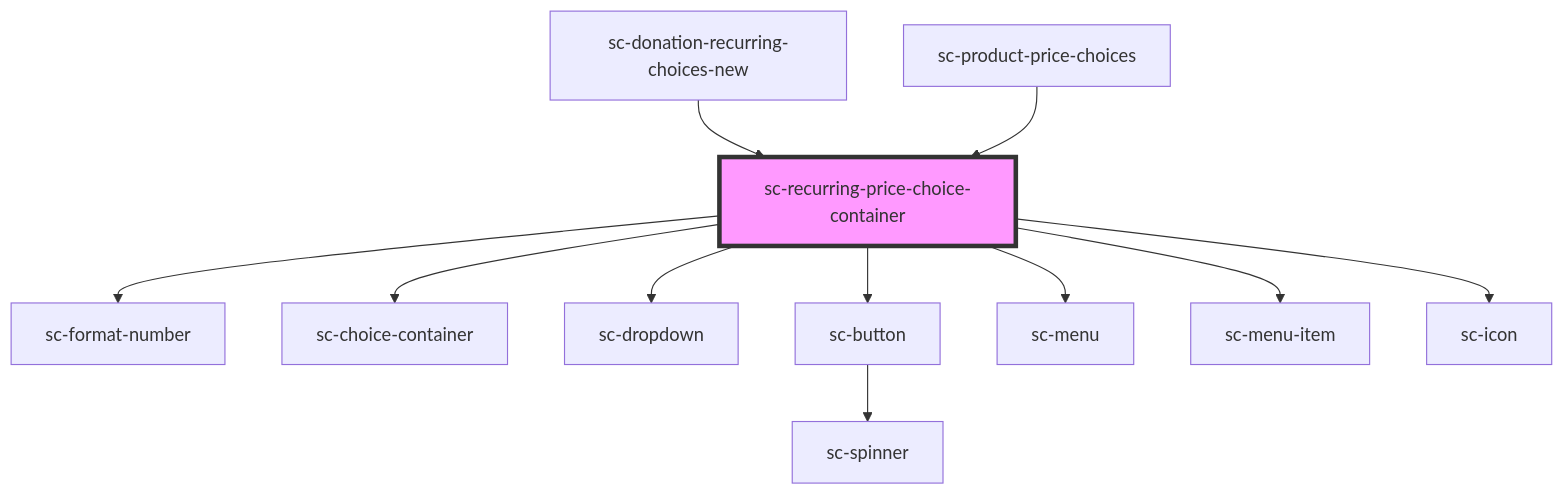
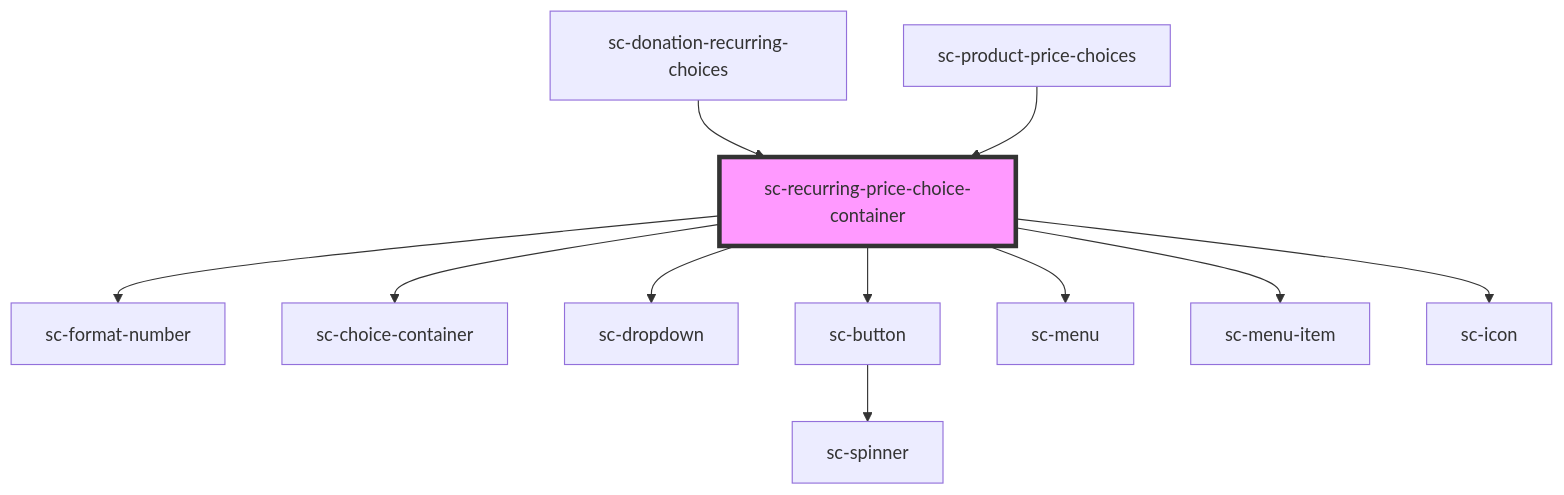
Before and after one commit to surecart/surecart-wp-plugin: the diagram in packages/components/src/components/ui/sc-recurring-price-choice-container/readme.md, drawn with Mermaid. The commit also changed other lines of this file and 32 other files, not shown here.

````diff
--- a/packages/components/src/components/ui/sc-recurring-price-choice-container/readme.md
+++ b/packages/components/src/components/ui/sc-recurring-price-choice-container/readme.md
@@ -55,14 +55,14 @@
 ```mermaid
 graph TD;
   sc-recurring-price-choice-container --> sc-format-number
   sc-recurring-price-choice-container --> sc-choice-container
   sc-recurring-price-choice-container --> sc-dropdown
   sc-recurring-price-choice-container --> sc-button
   sc-recurring-price-choice-container --> sc-menu
   sc-recurring-price-choice-container --> sc-menu-item
   sc-recurring-price-choice-container --> sc-icon
   sc-button --> sc-spinner
-  sc-donation-recurring-choices-new --> sc-recurring-price-choice-container
+  sc-donation-recurring-choices --> sc-recurring-price-choice-container
   sc-product-price-choices --> sc-recurring-price-choice-container
   style sc-recurring-price-choice-container fill:#f9f,stroke:#333,stroke-width:4px
 ```
````
